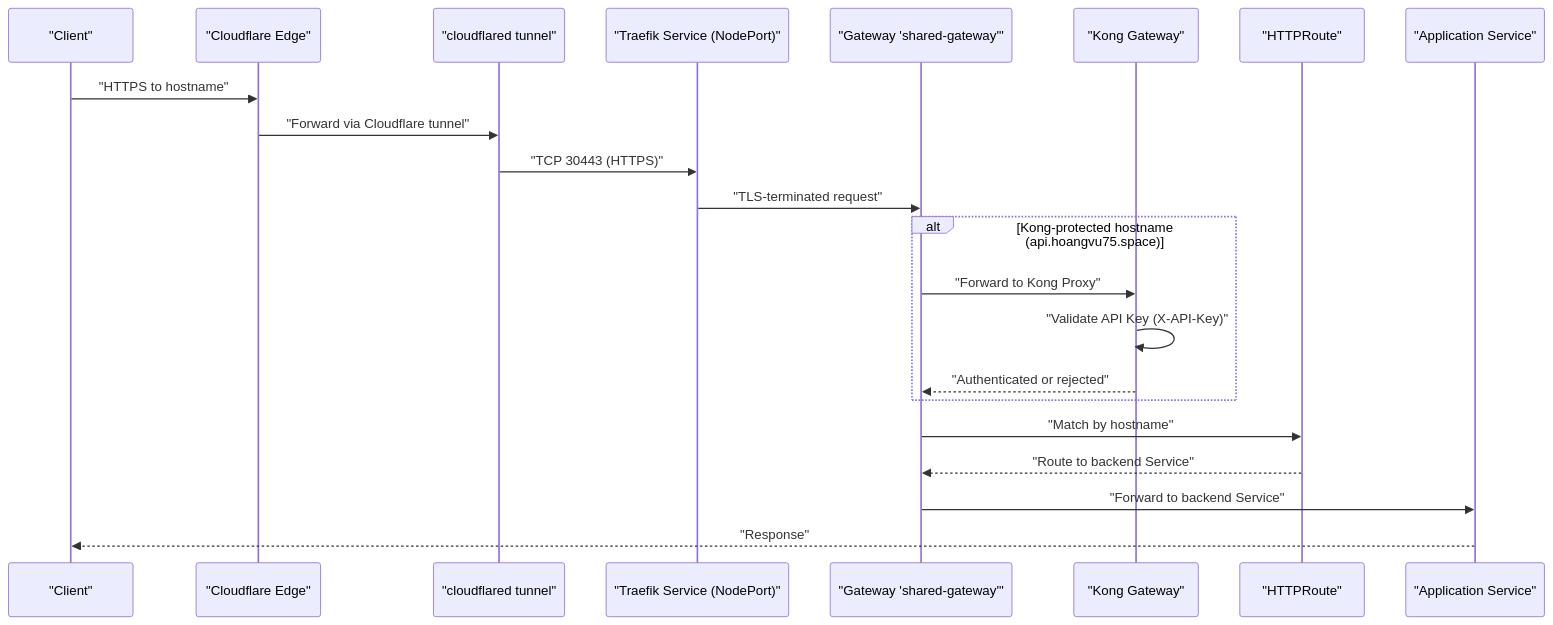
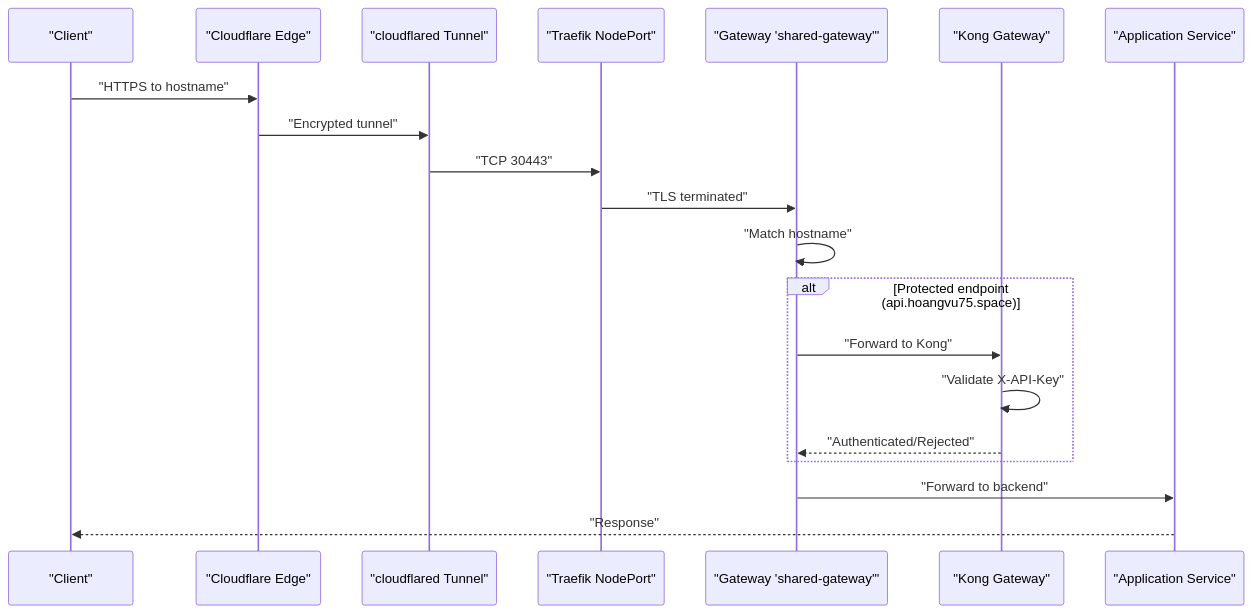
The second of 3 diagrams in .qoder/repowiki/en/content/Architecture and Design/Network Flow and Ingress Architecture.md (Hoangvu75/k8s_manifest), drawn with Mermaid before and after one commit. The commit also changed other lines of this file and 4 other files, not shown here.

````diff
--- a/.qoder/repowiki/en/content/Architecture and Design/Network Flow and Ingress Architecture.md
+++ b/.qoder/repowiki/en/content/Architecture and Design/Network Flow and Ingress Architecture.md
@@ -144,24 +146,22 @@
 ```mermaid
 sequenceDiagram
 participant Client as "Client"
 participant CF as "Cloudflare Edge"
-participant TNL as "cloudflared tunnel"
-participant SVC as "Traefik Service (NodePort)"
+participant TNL as "cloudflared Tunnel"
+participant SVC as "Traefik NodePort"
 participant GW as "Gateway 'shared-gateway'"
 participant KONG as "Kong Gateway"
-participant RT as "HTTPRoute"
 participant APP as "Application Service"
 Client->>CF : "HTTPS to hostname"
-CF->>TNL : "Forward via Cloudflare tunnel"
-TNL->>SVC : "TCP 30443 (HTTPS)"
-SVC->>GW : "TLS-terminated request"
-alt Kong-protected hostname (api.hoangvu75.space)
-GW->>KONG : "Forward to Kong Proxy"
-KONG->>KONG : "Validate API Key (X-API-Key)"
-KONG-->>GW : "Authenticated or rejected"
+CF->>TNL : "Encrypted tunnel"
+TNL->>SVC : "TCP 30443"
+SVC->>GW : "TLS terminated"
+GW->>GW : "Match hostname"
+alt Protected endpoint (api.hoangvu75.space)
+GW->>KONG : "Forward to Kong"
+KONG->>KONG : "Validate X-API-Key"
+KONG-->>GW : "Authenticated/Rejected"
 end
-GW->>RT : "Match by hostname"
-RT-->>GW : "Route to backend Service"
-GW->>APP : "Forward to backend Service"
+GW->>APP : "Forward to backend"
 APP-->>Client : "Response"
 ```
````
